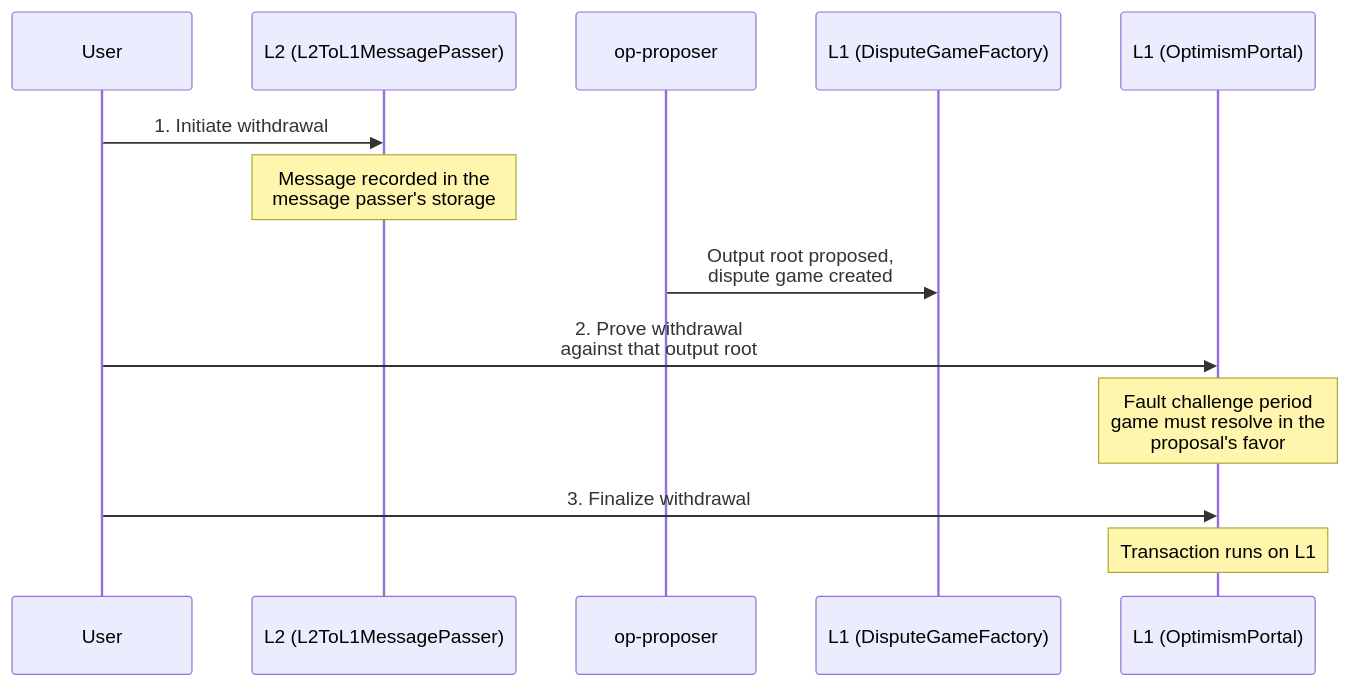
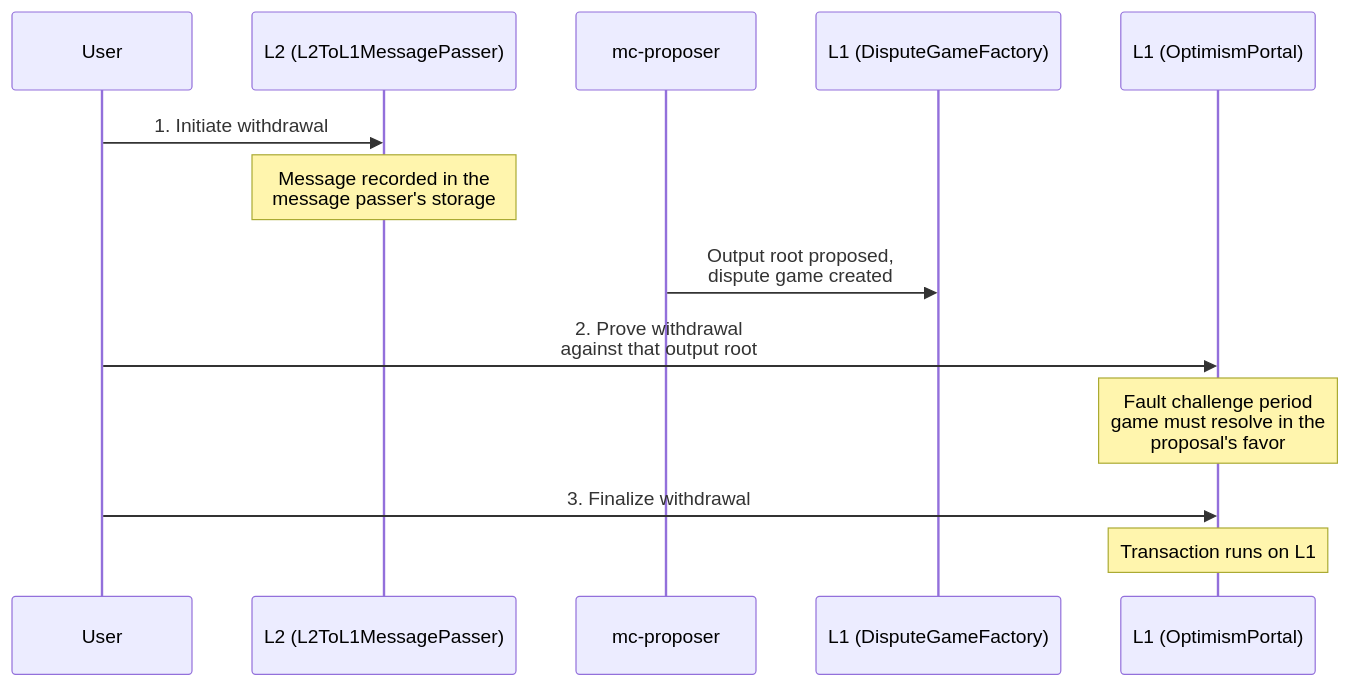
One commit to arunjot12/mind-chain changed the diagram in docs/public-docs/op-stack/bridging/withdrawal-flow.mdx. Above: the diagram before and after it, drawn with Mermaid. The commit also changed other lines of this file and 10211 other files, not shown here.

````diff
--- a/docs/public-docs/op-stack/bridging/withdrawal-flow.mdx
+++ b/docs/public-docs/op-stack/bridging/withdrawal-flow.mdx
@@ -23,16 +23,16 @@
 ```mermaid
 sequenceDiagram
     participant User
     participant L2 as L2 (L2ToL1MessagePasser)
-    participant Prop as op-proposer
+    participant Prop as mc-proposer
     participant DGF as L1 (DisputeGameFactory)
     participant Portal as L1 (OptimismPortal)
 
     User->>L2: 1. Initiate withdrawal
     Note over L2: Message recorded in the<br/>message passer's storage
     Prop->>DGF: Output root proposed,<br/>dispute game created
     User->>Portal: 2. Prove withdrawal<br/>against that output root
     Note over Portal: Fault challenge period<br/>game must resolve in the<br/>proposal's favor
     User->>Portal: 3. Finalize withdrawal
     Note over Portal: Transaction runs on L1
 ```
````
